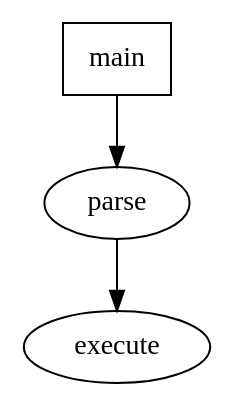
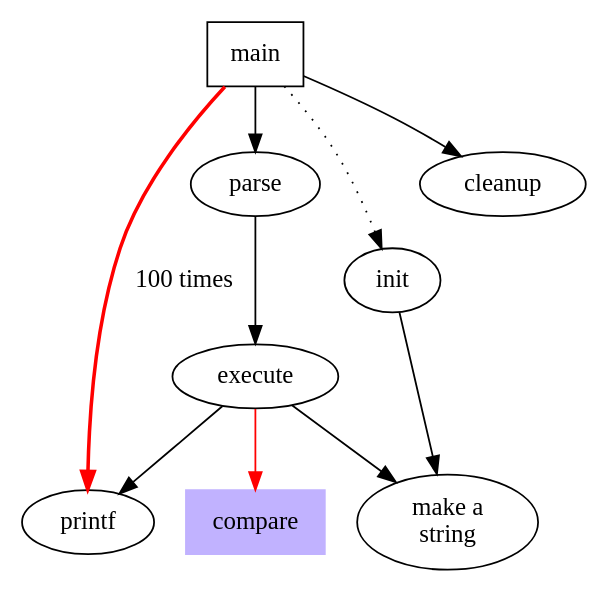
Before and after one commit to Holdlen2DH/Learn_Graphviz: the diagram in dot_fancy_graph.dot, drawn with Graphviz. The commit also changed 23 other files, not shown here.

Commit message:
added the diagrams in rapidjson of Tencent

```diff
--- a/dot_fancy_graph.dot
+++ b/dot_fancy_graph.dot
@@ -1,6 +1,15 @@
 digraph G{
     size = "4, 4";
     main [shape = box]; // this is a comment
     main -> parse [weight = 8];
     parse -> execute;
+    main -> init [style = dotted];
+    main -> cleanup;
+    execute -> {make_string; printf}
+    init -> make_string;
+    edge [color = red]; // so is this
+    main -> printf [style = bold, label = "100 times"];
+    make_string [label = "make a \nstring"];
+    node [shape = box, style = filled, color = "0.7 0.3 1.0"];
+    execute -> compare;
 }
```
